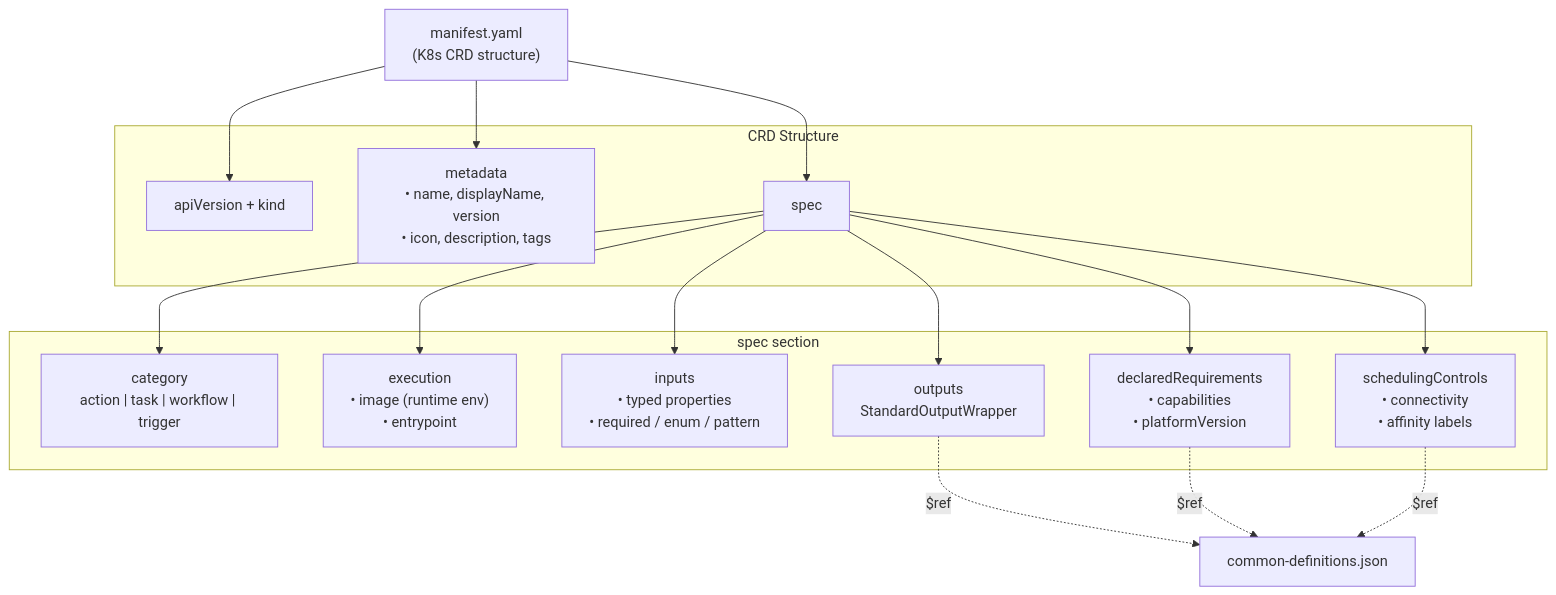
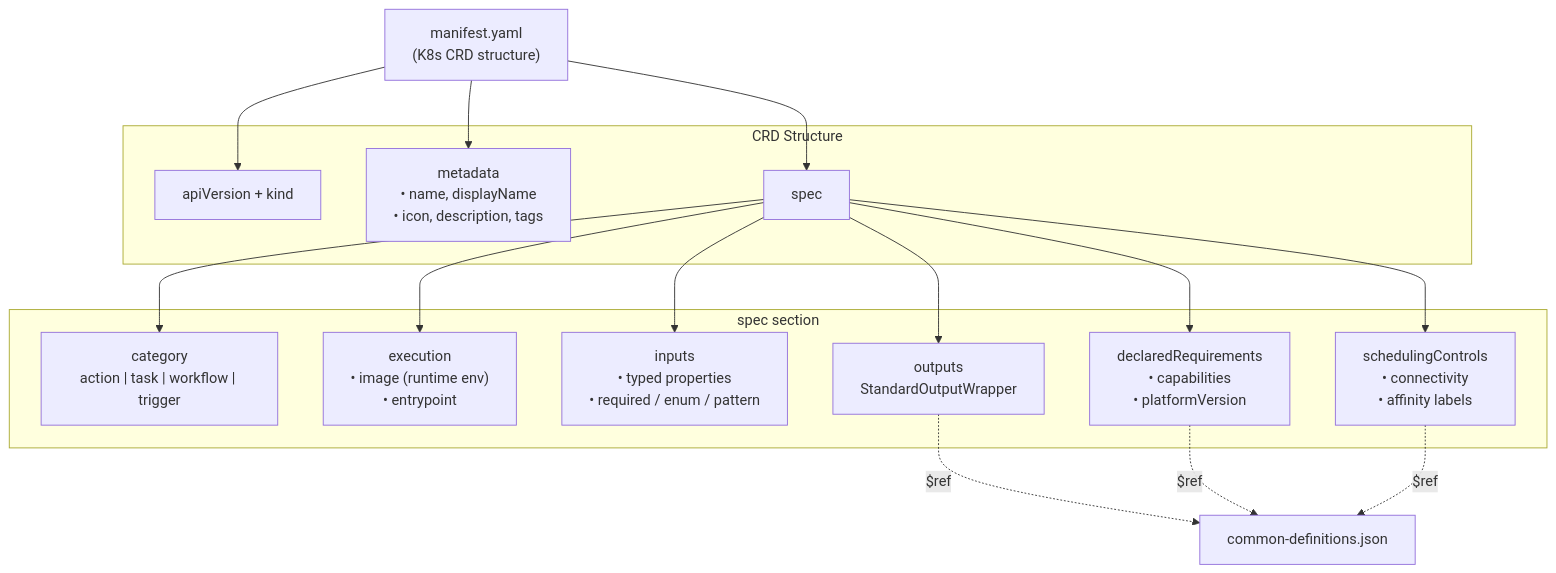
One commit to syntara-orchestration/syntara-node-sdk changed the second of 6 diagrams in docs/architecture.md. Above: the diagram before and after it, drawn with Mermaid. The commit also changed other lines of this file and 16 other files, not shown here.

````diff
--- a/docs/architecture.md
+++ b/docs/architecture.md
@@ -256,33 +255,33 @@
 ```mermaid
 graph TB
     MANIFEST["manifest.yaml<br/>(K8s CRD structure)"]
 
     subgraph CRD["CRD Structure"]
         API["apiVersion + kind"]
-        META["metadata<br/>• name, displayName, version<br/>• icon, description, tags"]
+        META["metadata<br/>• name, displayName<br/>• icon, description, tags"]
         SPEC["spec"]
     end
 
     subgraph SPEC_CONTENTS["spec section"]
         CLASS["category<br/>action | task | workflow | trigger"]
         EXEC["execution<br/>• image (runtime env)<br/>• entrypoint"]
         INPUTS["inputs<br/>• typed properties<br/>• required / enum / pattern"]
         OUTPUTS["outputs<br/>StandardOutputWrapper"]
         REQS["declaredRequirements<br/>• capabilities<br/>• platformVersion"]
         SCHED["schedulingControls<br/>• connectivity<br/>• affinity labels"]
     end
 
     MANIFEST --> API
     MANIFEST --> META
     MANIFEST --> SPEC
     SPEC --> CLASS
     SPEC --> EXEC
     SPEC --> INPUTS
     SPEC --> OUTPUTS
     SPEC --> REQS
     SPEC --> SCHED
 
     OUTPUTS -.->|$ref| CD["common-definitions.json"]
     REQS -.->|$ref| CD
     SCHED -.->|$ref| CD
 ```
````
